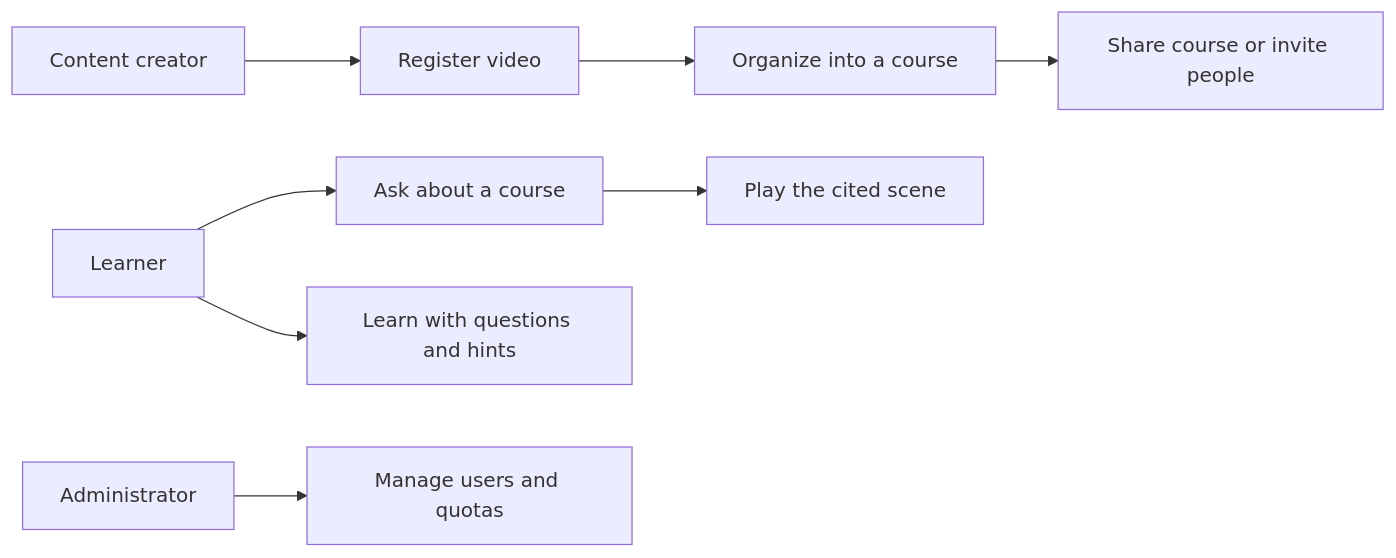
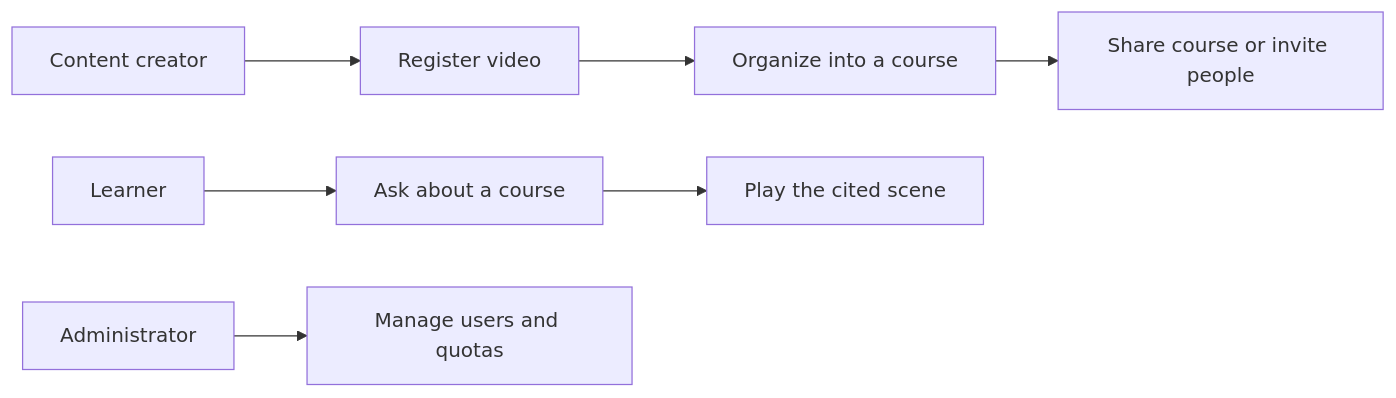
The diagram in docs/requirements/use-case-diagram.md (yukiharada1228/videoq), drawn with Mermaid before and after one commit. The commit also changed other lines of this file and 173 other files, not shown here.

````diff
--- a/docs/requirements/use-case-diagram.md
+++ b/docs/requirements/use-case-diagram.md
@@ -12,10 +12,9 @@
 ```mermaid
 flowchart LR
     Owner[Content creator] --> Upload[Register video]
     Upload --> Course[Organize into a course]
     Course --> Share[Share course or invite people]
     Learner[Learner] --> Ask[Ask about a course]
     Ask --> Source[Play the cited scene]
-    Learner --> Study[Learn with questions and hints]
     Admin[Administrator] --> Manage[Manage users and quotas]
 ```
````
